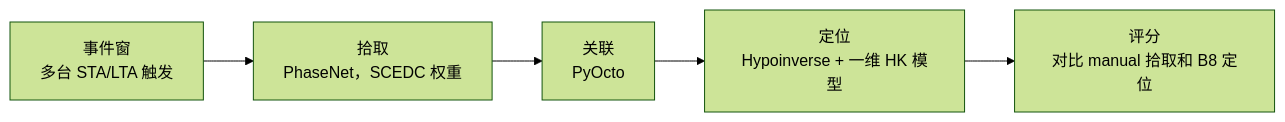
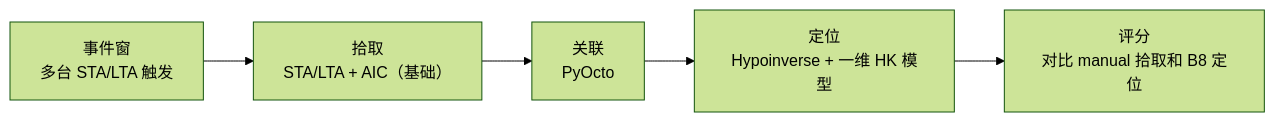
The second of 10 diagrams in RSI_phasepicking/docs/design.md (liufeng2317/SeismoAgent-bench), drawn with Mermaid (forest theme) before and after one commit. The commit also changed other lines of this file and 3 other files, not shown here.

First line of the commit message:
RSI_phasepicking: three baseline tiers (STA/LTA+AIC base, DL strong baselines, agent + DL)

````diff
--- a/RSI_phasepicking/docs/design.md
+++ b/RSI_phasepicking/docs/design.md
@@ -114,7 +115,7 @@
 ```mermaid
 flowchart LR
-    W["事件窗<br/>多台 STA/LTA 触发"] --> P["拾取<br/>PhaseNet，SCEDC 权重"]
+    W["事件窗<br/>多台 STA/LTA 触发"] --> P["拾取<br/>STA/LTA + AIC（基础）"]
     P --> AS["关联<br/>PyOcto"]
     AS --> L["定位<br/>Hypoinverse + 一维 HK 模型"]
     L --> S["评分<br/>对比 manual 拾取和 B8 定位"]
 ```
````
